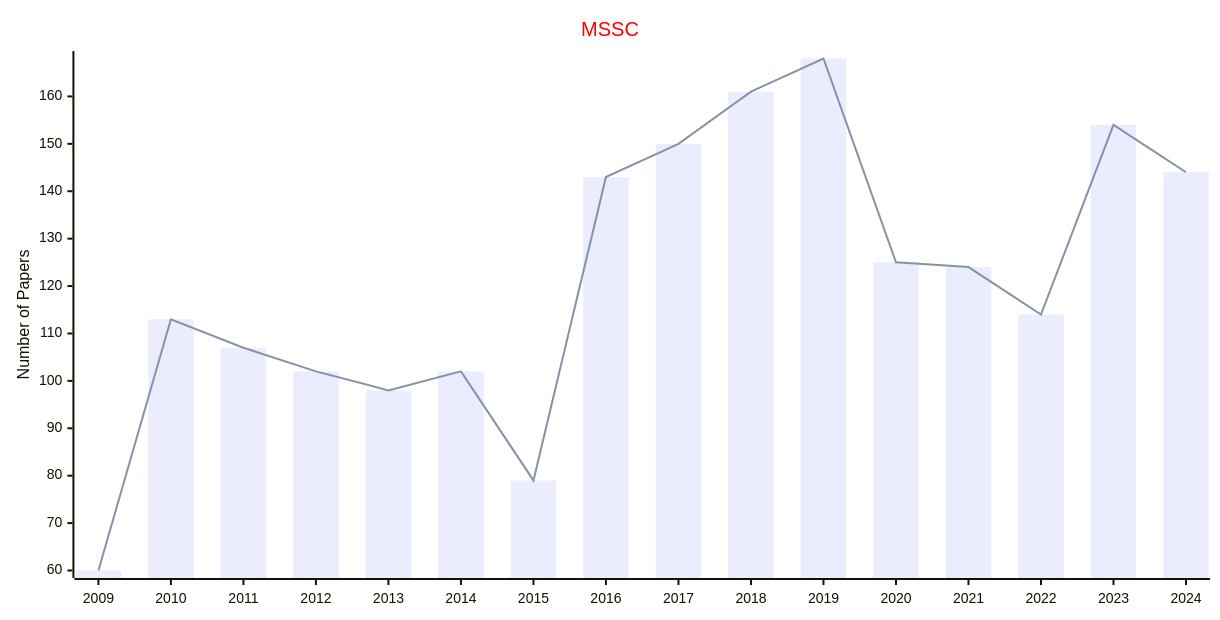
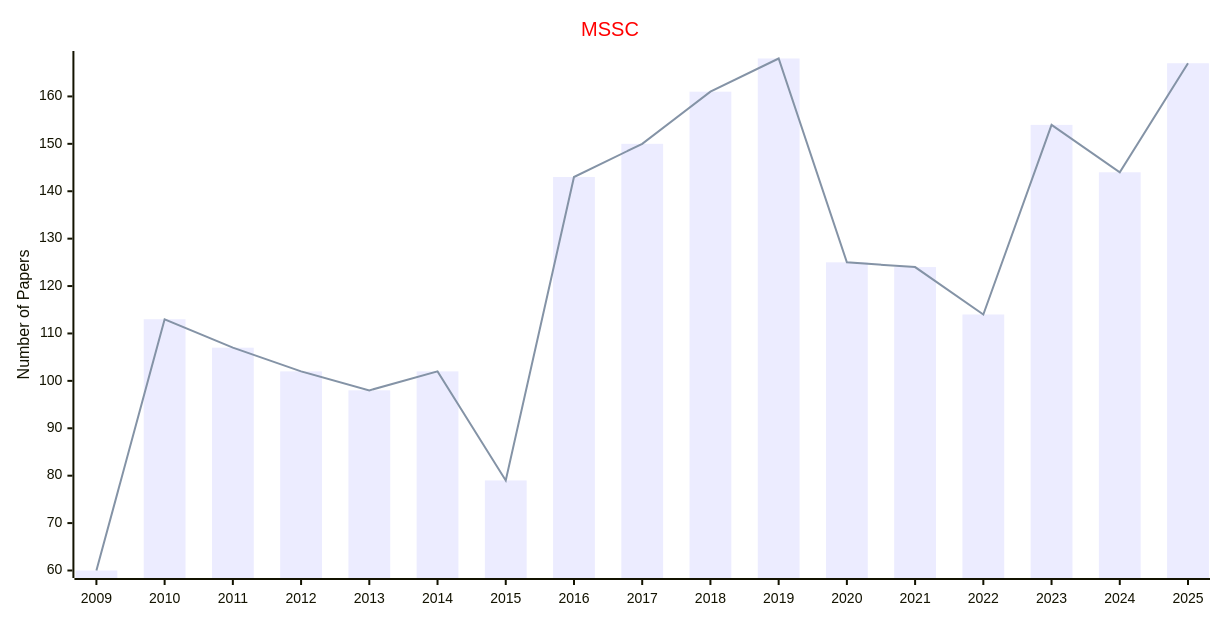
One commit to Easy-PhD/AILinks changed the tenth of 52 diagrams in docs/data/Journals/Publishers_Journals/IEEE.md. Above: the diagram before and after it, drawn with Mermaid. The commit also changed other lines of this file and 107 other files, not shown here.

````diff
--- a/docs/data/Journals/Publishers_Journals/IEEE.md
+++ b/docs/data/Journals/Publishers_Journals/IEEE.md
@@ -248,17 +248,17 @@
 ```mermaid
 ---
 config:
     xyChart:
         width: 1200
         height: 600
     themeVariables:
         xyChart:
             titleColor: "#ff0000"
 ---
 xychart-beta
     title "MSSC"
-    x-axis [2009, 2010, 2011, 2012, 2013, 2014, 2015, 2016, 2017, 2018, 2019, 2020, 2021, 2022, 2023, 2024]
+    x-axis [2009, 2010, 2011, 2012, 2013, 2014, 2015, 2016, 2017, 2018, 2019, 2020, 2021, 2022, 2023, 2024, 2025]
     y-axis "Number of Papers"
-    bar [60, 113, 107, 102, 98, 102, 79, 143, 150, 161, 168, 125, 124, 114, 154, 144]
-    line [60, 113, 107, 102, 98, 102, 79, 143, 150, 161, 168, 125, 124, 114, 154, 144]
+    bar [60, 113, 107, 102, 98, 102, 79, 143, 150, 161, 168, 125, 124, 114, 154, 144, 167]
+    line [60, 113, 107, 102, 98, 102, 79, 143, 150, 161, 168, 125, 124, 114, 154, 144, 167]
 ```
````
